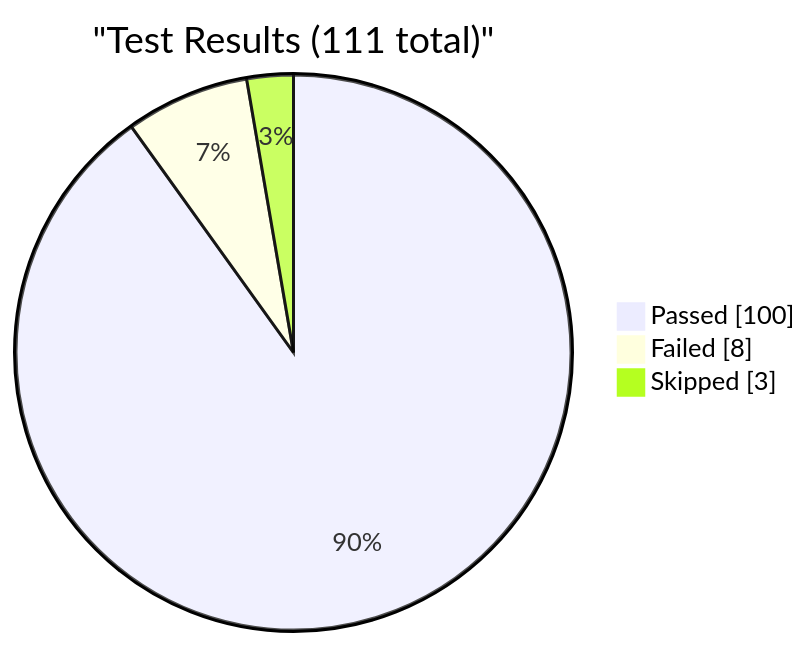
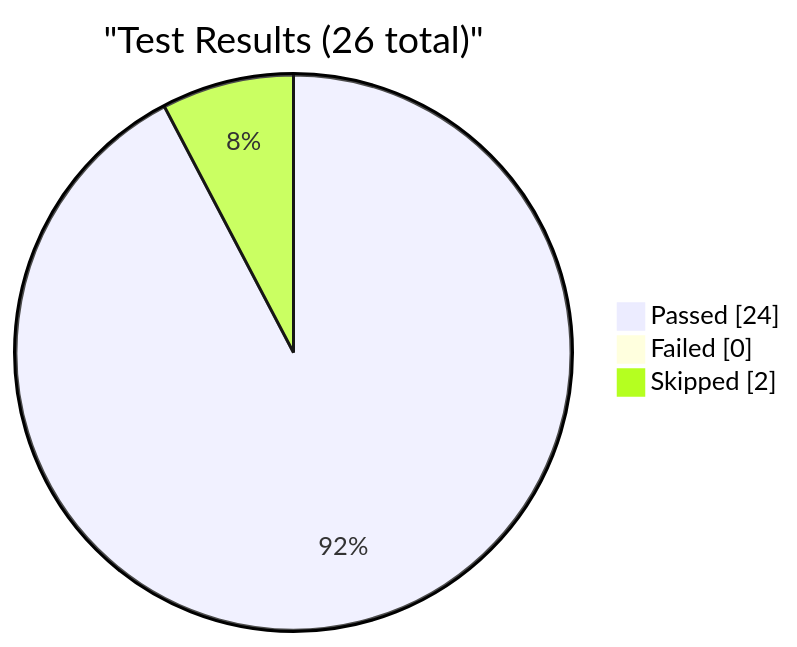
Before and after one commit to EliteaAI/onetest-ai-tm-Elitea: the first of 4 diagrams in reports/dashboard.md, drawn with Mermaid. The commit also changed other lines of this file and 1 other file, not shown here.

Commit message:
dashboard: update test metrics for RUN-ELITEA-2026-08-29-86-DEV-STABLE-SMOKE-ARTIFACTS-SCHEDULED-AMBER

````diff
--- a/reports/dashboard.md
+++ b/reports/dashboard.md
@@ -9,7 +9,7 @@
 ```mermaid
 pie showData
-    title "Test Results (111 total)"
-    "Passed" : 100
-    "Failed" : 8
-    "Skipped" : 3
+    title "Test Results (26 total)"
+    "Passed" : 24
+    "Failed" : 0
+    "Skipped" : 2
 ```
````
